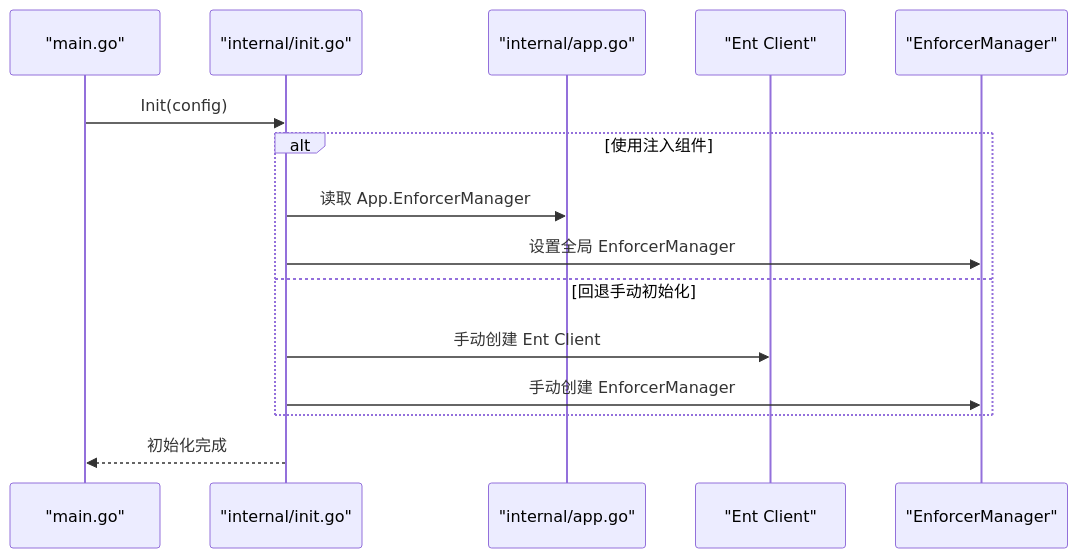
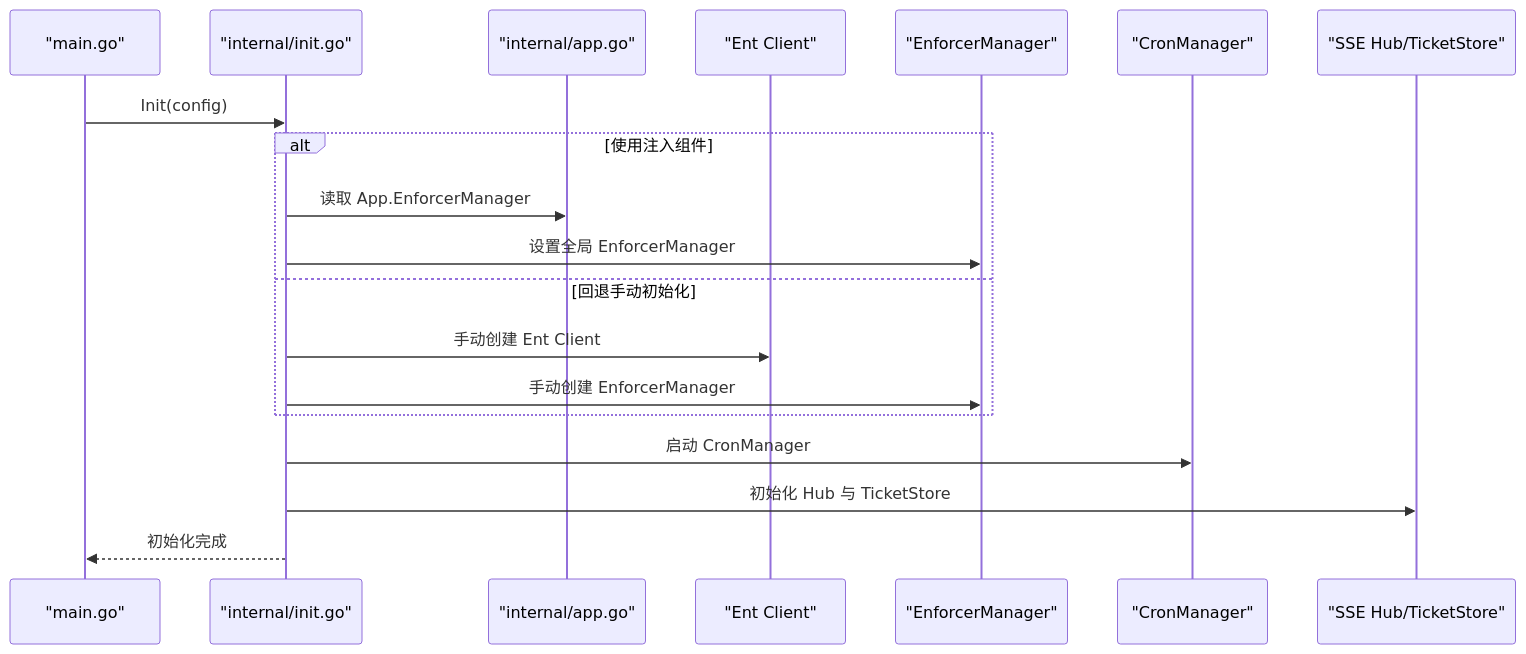
The fifth of 7 diagrams in .qoder/repowiki/zh/content/依赖注入系统/依赖注入系统.md (wuwuseo/e-sports-go-admin), drawn with Mermaid before and after one commit. The commit also changed other lines of this file and 42 other files, not shown here.

````diff
--- a/.qoder/repowiki/zh/content/依赖注入系统/依赖注入系统.md
+++ b/.qoder/repowiki/zh/content/依赖注入系统/依赖注入系统.md
@@ -204,17 +206,21 @@
 ```mermaid
 sequenceDiagram
 participant Main as "main.go"
 participant Init as "internal/init.go"
 participant App as "internal/app.go"
 participant DB as "Ent Client"
 participant EM as "EnforcerManager"
+participant Cron as "CronManager"
+participant SSE as "SSE Hub/TicketStore"
 Main->>Init : Init(config)
 alt 使用注入组件
 Init->>App : 读取 App.EnforcerManager
 Init->>EM : 设置全局 EnforcerManager
 else 回退手动初始化
 Init->>DB : 手动创建 Ent Client
 Init->>EM : 手动创建 EnforcerManager
 end
+Init->>Cron : 启动 CronManager
+Init->>SSE : 初始化 Hub 与 TicketStore
 Init-->>Main : 初始化完成
 ```
````
